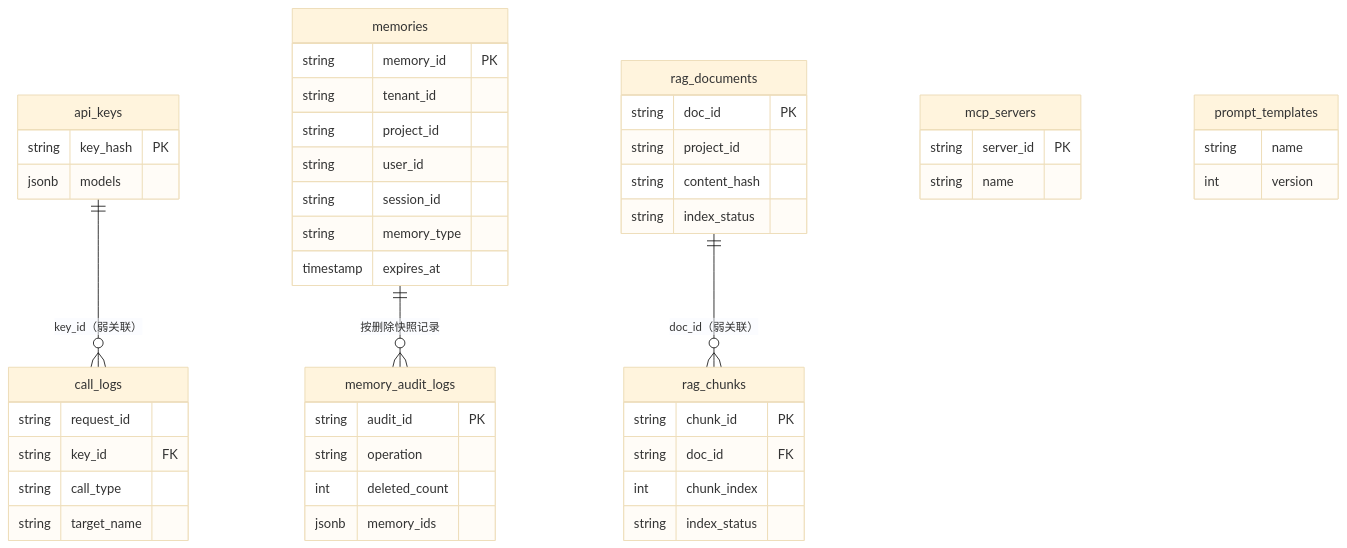
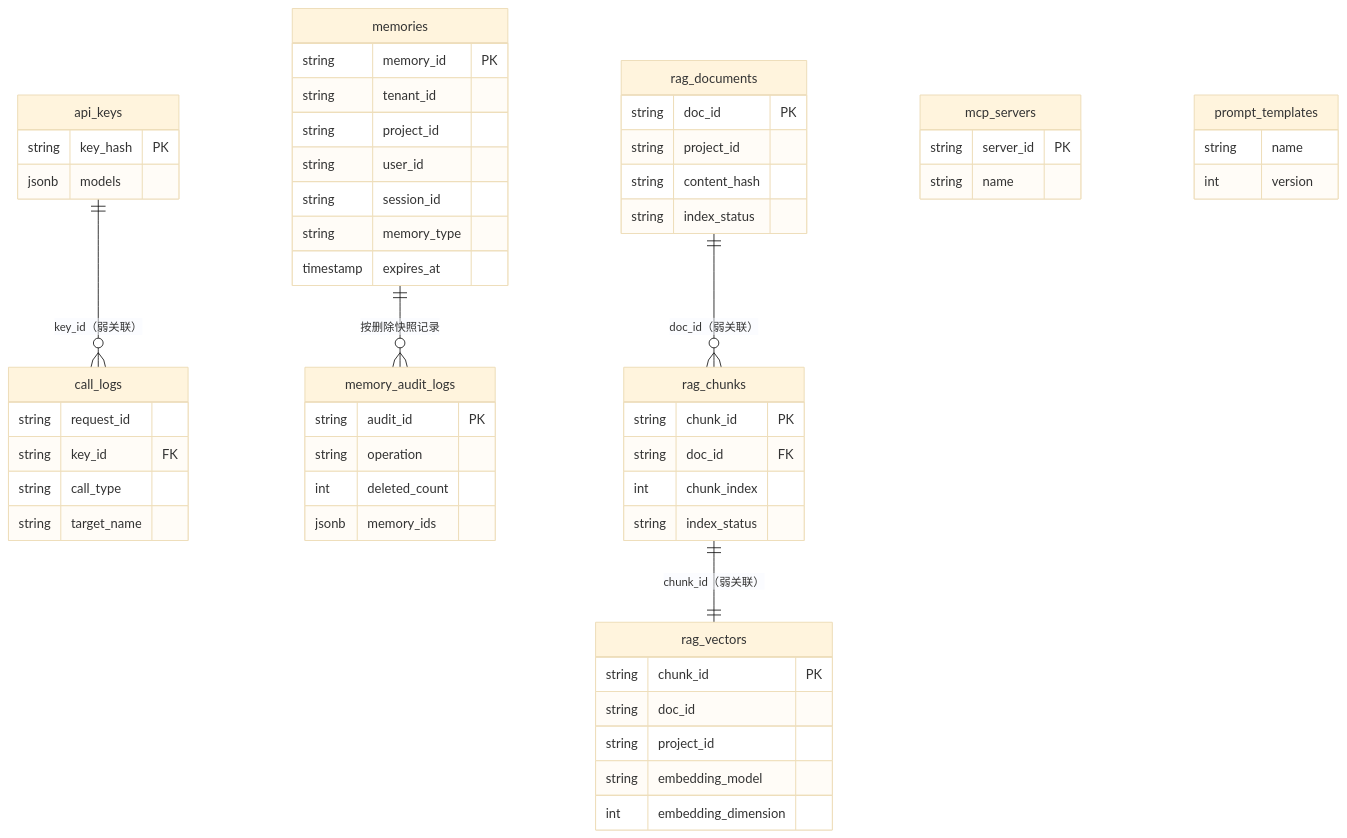
Before and after one commit to learnerQ0751/ai-hub: the diagram in ai-workflow/docs/DATA-MODEL.md, drawn with Mermaid (base theme). The commit also changed other lines of this file and 30 other files, not shown here.

````diff
--- a/ai-workflow/docs/DATA-MODEL.md
+++ b/ai-workflow/docs/DATA-MODEL.md
@@ -60,51 +56,59 @@
 ```mermaid
 erDiagram
     api_keys ||--o{ call_logs : "key_id（弱关联）"
     memories ||--o{ memory_audit_logs : "按删除快照记录"
     rag_documents ||--o{ rag_chunks : "doc_id（弱关联）"
+    rag_chunks ||--|| rag_vectors : "chunk_id（弱关联）"
     api_keys {
         string key_hash PK
         jsonb models
     }
     call_logs {
         string request_id
         string key_id FK
         string call_type
         string target_name
     }
     mcp_servers {
         string server_id PK
         string name
     }
     prompt_templates {
         string name
         int version
     }
     memories {
         string memory_id PK
         string tenant_id
         string project_id
         string user_id
         string session_id
         string memory_type
         timestamp expires_at
     }
     memory_audit_logs {
         string audit_id PK
         string operation
         int deleted_count
         jsonb memory_ids
     }
     rag_documents {
         string doc_id PK
         string project_id
         string content_hash
         string index_status
     }
     rag_chunks {
         string chunk_id PK
         string doc_id FK
         int chunk_index
         string index_status
     }
+    rag_vectors {
+        string chunk_id PK
+        string doc_id
+        string project_id
+        string embedding_model
+        int embedding_dimension
+    }
 ```
````
